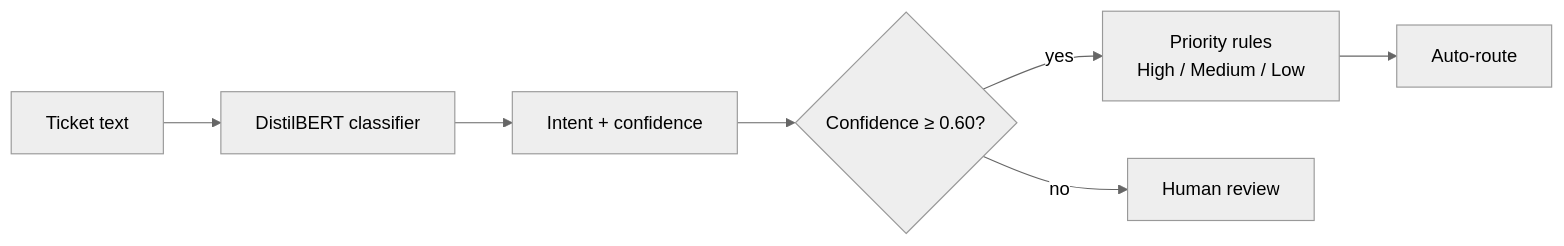
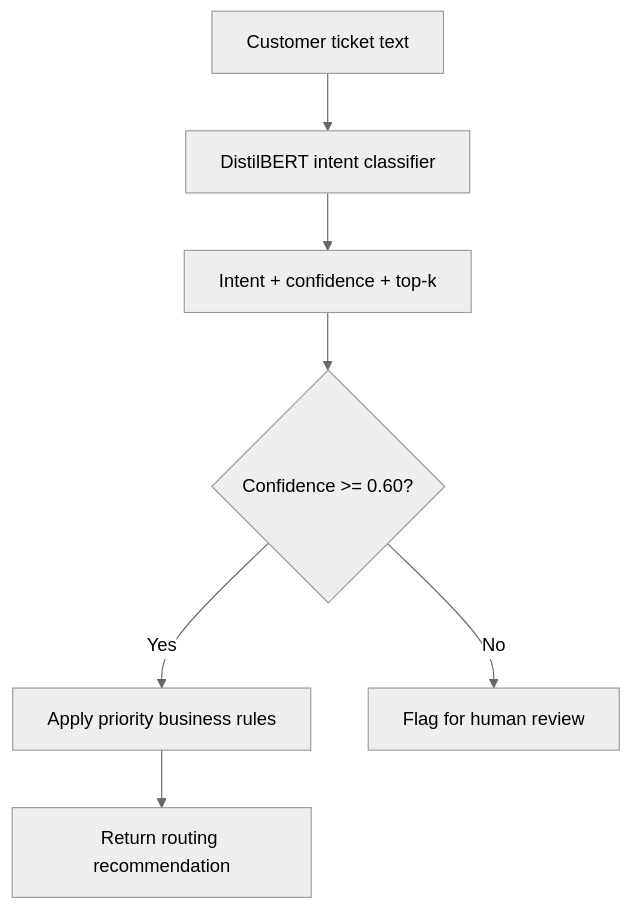
Before and after one commit to Saikot313/Ticketiq-Support-Ticket-Classifier: the diagram in README.md, drawn with Mermaid (neutral theme). The commit also changed other lines of this file, not shown here.

````diff
--- a/README.md
+++ b/README.md
@@ -70,8 +106,9 @@
 ```mermaid
-flowchart LR
-    A["Ticket text"] --> B["DistilBERT classifier"]
-    B --> C["Intent + confidence"]
-    C --> D{"Confidence ≥ 0.60?"}
-    D -- yes --> E["Priority rules<br/>High / Medium / Low"] --> F["Auto-route"]
-    D -- no --> G["Human review"]
+flowchart TD
+    A["Customer ticket text"] --> B["DistilBERT intent classifier"]
+    B --> C["Intent + confidence + top-k"]
+    C --> D{"Confidence >= 0.60?"}
+    D -- "Yes" --> E["Apply priority business rules"]
+    E --> F["Return routing recommendation"]
+    D -- "No" --> G["Flag for human review"]
 ```
````
